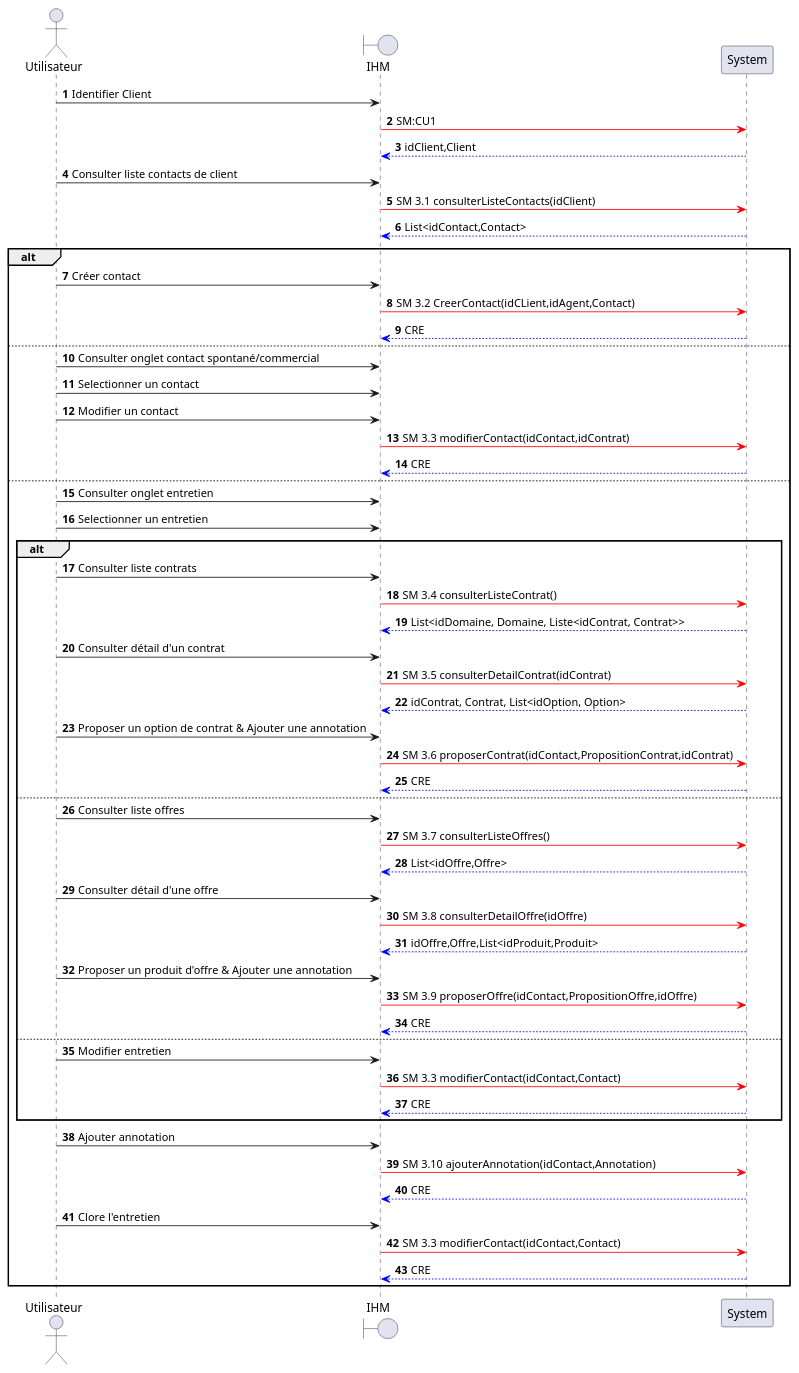
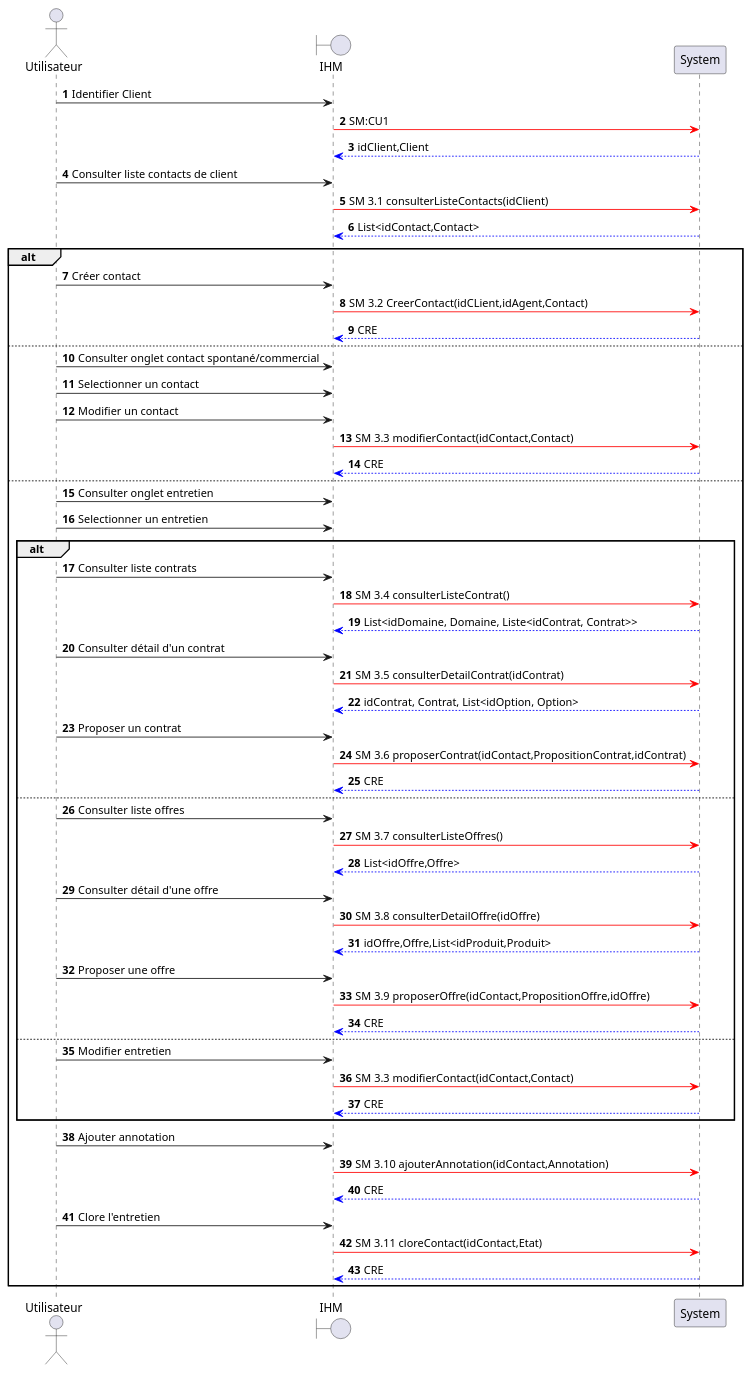
One commit to HZjiadong/PLD-MARS changed the diagram in src/documentation/CU3-DSS.puml. Above: the diagram before and after it, drawn with PlantUML. The commit also changed 2 other files, not shown here.

```diff
--- a/src/documentation/CU3-DSS.puml
+++ b/src/documentation/CU3-DSS.puml
@@ -1,60 +1,60 @@
 @startuml
 actor Utilisateur as U
 boundary IHM as I
 participant System as S
 
 autonumber
 U->I: Identifier Client
 I-[#red]>S: SM:CU1
 S-[#0000FF]->I: idClient,Client
 
 U->I: Consulter liste contacts de client
 I-[#red]>S: SM 3.1 consulterListeContacts(idClient)
 S-[#0000FF]->I: List<idContact,Contact>
 
 alt
     U->I: Créer contact
     I-[#red]>S: SM 3.2 CreerContact(idCLient,idAgent,Contact)
     S-[#0000FF]->I: CRE
 else
     U->I: Consulter onglet contact spontané/commercial
     U->I: Selectionner un contact
     U->I: Modifier un contact
-    I-[#red]>S: SM 3.3 modifierContact(idContact,idContrat)
+    I-[#red]>S: SM 3.3 modifierContact(idContact,Contact)
     S-[#0000FF]->I: CRE
 else
     U->I: Consulter onglet entretien
     U->I: Selectionner un entretien
     alt
         U->I: Consulter liste contrats
         I-[#red]>S: SM 3.4 consulterListeContrat()
         S-[#0000FF]->I: List<idDomaine, Domaine, Liste<idContrat, Contrat>>
         U->I: Consulter détail d'un contrat
         I-[#red]>S: SM 3.5 consulterDetailContrat(idContrat)
         S-[#0000FF]->I: idContrat, Contrat, List<idOption, Option>
-        U->I: Proposer un option de contrat & Ajouter une annotation
+        U->I: Proposer un contrat
         I-[#red]>S: SM 3.6 proposerContrat(idContact,PropositionContrat,idContrat)
         S-[#0000FF]->I: CRE
     else
         U->I: Consulter liste offres
         I-[#red]>S: SM 3.7 consulterListeOffres()
         S-[#0000FF]->I: List<idOffre,Offre>
         U->I: Consulter détail d'une offre
         I-[#red]>S: SM 3.8 consulterDetailOffre(idOffre)
         S-[#0000FF]->I: idOffre,Offre,List<idProduit,Produit>
-        U->I: Proposer un produit d'offre & Ajouter une annotation
+        U->I: Proposer une offre
         I-[#red]>S: SM 3.9 proposerOffre(idContact,PropositionOffre,idOffre)
         S-[#0000FF]->I: CRE
     else
         U->I: Modifier entretien
         I-[#red]>S: SM 3.3 modifierContact(idContact,Contact)
         S-[#0000FF]->I: CRE
     end
     U->I: Ajouter annotation
     I-[#red]>S: SM 3.10 ajouterAnnotation(idContact,Annotation)
     S-[#0000FF]->I: CRE
     U->I: Clore l'entretien
-    I-[#red]>S: SM 3.3 modifierContact(idContact,Contact)
+    I-[#red]>S: SM 3.11 cloreContact(idContact,Etat)
     S-[#0000FF]->I: CRE
 end
 @enduml
```
